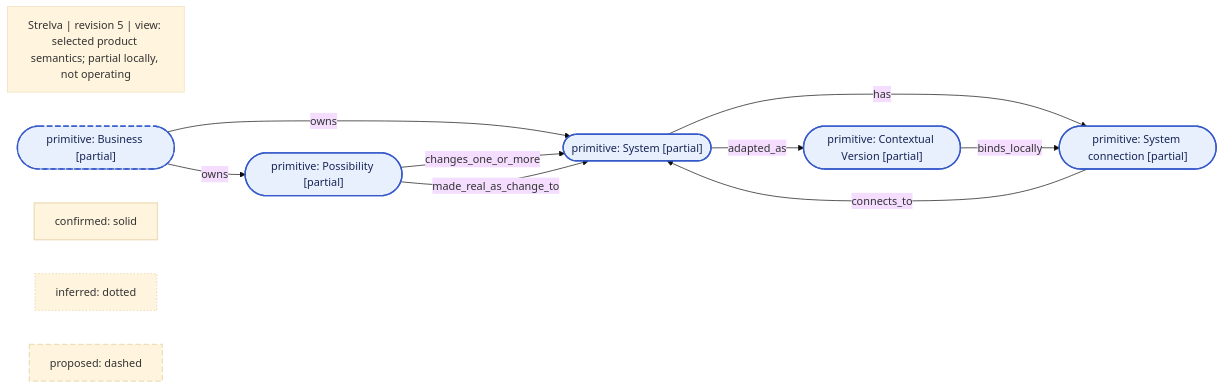
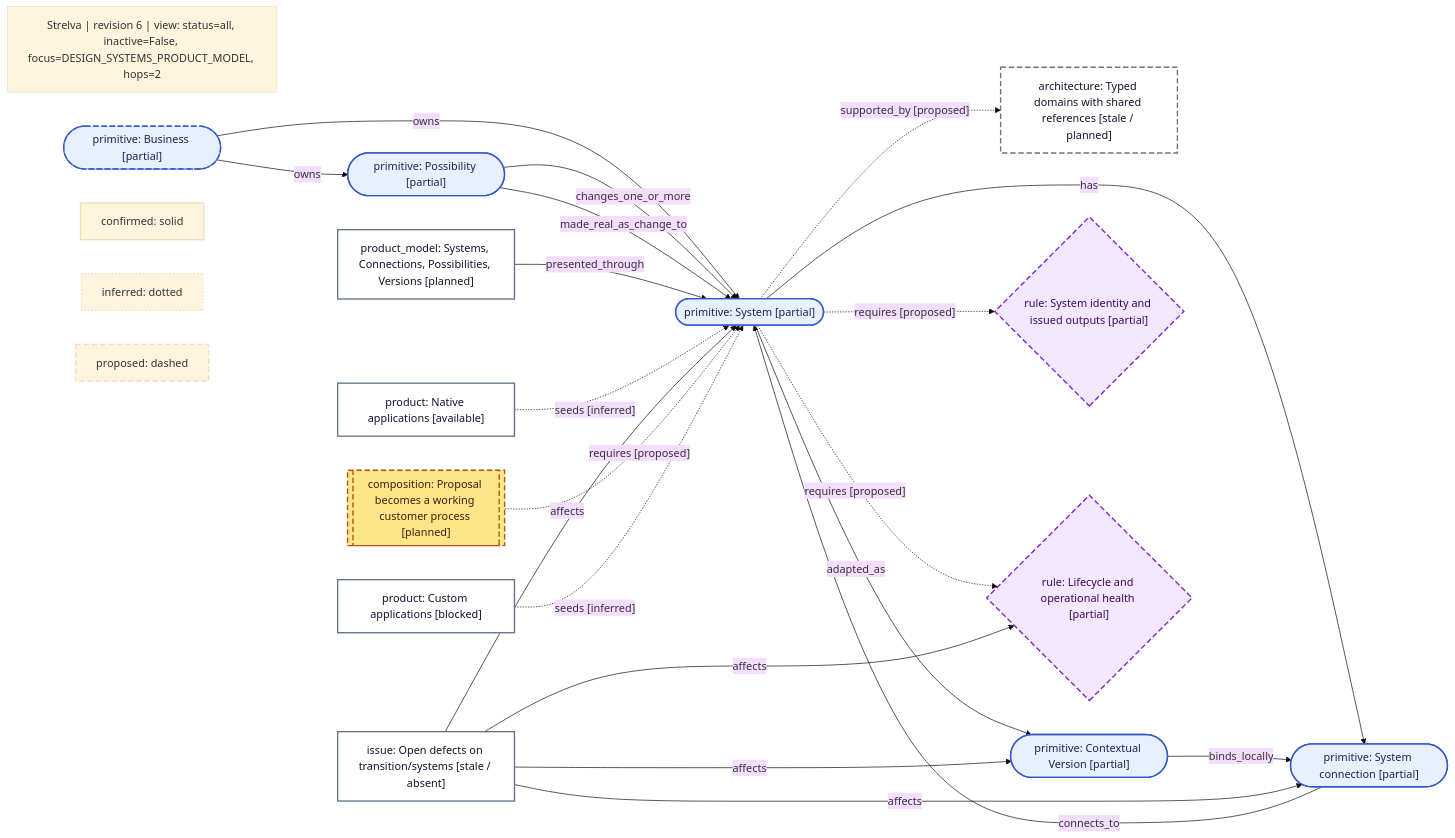
The diagram in .product/views/systems.mmd (Strelva/Strelva-OFFICIAL), drawn with Mermaid (base theme) before and after one commit. The commit also changed 4 other files, not shown here.

Commit message:
Record the combined Reborn audit and reconcile product memory

```diff
--- a/.product/views/systems.mmd
+++ b/.product/views/systems.mmd
@@ -1,37 +1,74 @@
-%% Selected product semantics; implementation contracts omitted; source revision 5. 'partial' = local, unmerged transition/systems with open defects; Business partial = deployed schema, 0 users.
-%% Generated from PRODUCT_MODEL revision 5; status=all, inactive=False, focus=all, hops=1
+%% Generated from PRODUCT_MODEL revision 6; status=all, inactive=False, focus=DESIGN_SYSTEMS_PRODUCT_MODEL, hops=2
 flowchart LR
-  LATENT_VIEW_TITLE["Strelva #124; revision 5 #124; view: selected product semantics; partial locally, not operating"]
+  LATENT_VIEW_TITLE["Strelva #124; revision 6 #124; view: status=all, inactive=False, focus=DESIGN_SYSTEMS_PRODUCT_MODEL, hops=2"]
   N_PRIM_BUSINESS(["primitive: Business #91;partial#93;"])
   class N_PRIM_BUSINESS type_primitive;
   class N_PRIM_BUSINESS proposed;
+  N_DESIGN_TYPED_DOMAINS["architecture: Typed domains with shared references #91;stale / planned#93;"]
+  class N_DESIGN_TYPED_DOMAINS type_custom;
+  class N_DESIGN_TYPED_DOMAINS proposed;
+  N_DESIGN_SYSTEMS_PRODUCT_MODEL["product_model: Systems, Connections, Possibilities, Versions #91;planned#93;"]
+  class N_DESIGN_SYSTEMS_PRODUCT_MODEL type_custom;
+  class N_DESIGN_SYSTEMS_PRODUCT_MODEL confirmed;
   N_PRIM_SYSTEM(["primitive: System #91;partial#93;"])
   class N_PRIM_SYSTEM type_primitive;
   class N_PRIM_SYSTEM confirmed;
   N_PRIM_SYSTEM_CONNECTION(["primitive: System connection #91;partial#93;"])
   class N_PRIM_SYSTEM_CONNECTION type_primitive;
   class N_PRIM_SYSTEM_CONNECTION confirmed;
   N_PRIM_POSSIBILITY(["primitive: Possibility #91;partial#93;"])
   class N_PRIM_POSSIBILITY type_primitive;
   class N_PRIM_POSSIBILITY confirmed;
   N_PRIM_CONTEXT_VERSION(["primitive: Contextual Version #91;partial#93;"])
   class N_PRIM_CONTEXT_VERSION type_primitive;
   class N_PRIM_CONTEXT_VERSION confirmed;
+  N_RULE_SYSTEM_OUTPUT_IDENTITY{"rule: System identity and issued outputs #91;partial#93;"}
+  class N_RULE_SYSTEM_OUTPUT_IDENTITY type_rule;
+  class N_RULE_SYSTEM_OUTPUT_IDENTITY proposed;
+  N_RULE_SYSTEM_PAUSE_HEALTH{"rule: Lifecycle and operational health #91;partial#93;"}
+  class N_RULE_SYSTEM_PAUSE_HEALTH type_rule;
+  class N_RULE_SYSTEM_PAUSE_HEALTH proposed;
+  N_COMP_SYSTEM_EVOLUTION[["composition: Proposal becomes a working customer process #91;planned#93;"]]
+  class N_COMP_SYSTEM_EVOLUTION type_composition;
+  class N_COMP_SYSTEM_EVOLUTION proposed;
+  N_ISSUE_SYSTEMS_AUDIT_DEFECTS["issue: Open defects on transition/systems #91;stale / absent#93;"]
+  class N_ISSUE_SYSTEMS_AUDIT_DEFECTS type_custom;
+  class N_ISSUE_SYSTEMS_AUDIT_DEFECTS confirmed;
+  N_PROD_NATIVE_APPS["product: Native applications #91;available#93;"]
+  class N_PROD_NATIVE_APPS type_custom;
+  class N_PROD_NATIVE_APPS confirmed;
+  N_PROD_CUSTOM_APPS["product: Custom applications #91;blocked#93;"]
+  class N_PROD_CUSTOM_APPS type_custom;
+  class N_PROD_CUSTOM_APPS confirmed;
   N_PRIM_BUSINESS -->|"owns"| N_PRIM_SYSTEM
   N_PRIM_SYSTEM -->|"has"| N_PRIM_SYSTEM_CONNECTION
   N_PRIM_SYSTEM_CONNECTION -->|"connects_to"| N_PRIM_SYSTEM
   N_PRIM_BUSINESS -->|"owns"| N_PRIM_POSSIBILITY
   N_PRIM_POSSIBILITY -->|"changes_one_or_more"| N_PRIM_SYSTEM
   N_PRIM_POSSIBILITY -->|"made_real_as_change_to"| N_PRIM_SYSTEM
   N_PRIM_SYSTEM -->|"adapted_as"| N_PRIM_CONTEXT_VERSION
   N_PRIM_CONTEXT_VERSION -->|"binds_locally"| N_PRIM_SYSTEM_CONNECTION
+  N_DESIGN_SYSTEMS_PRODUCT_MODEL -->|"presented_through"| N_PRIM_SYSTEM
+  N_PRIM_SYSTEM -.->|"supported_by #91;proposed#93;"| N_DESIGN_TYPED_DOMAINS
+  N_PRIM_SYSTEM -.->|"requires #91;proposed#93;"| N_RULE_SYSTEM_OUTPUT_IDENTITY
+  N_PRIM_SYSTEM -.->|"requires #91;proposed#93;"| N_RULE_SYSTEM_PAUSE_HEALTH
+  N_PROD_NATIVE_APPS -.->|"seeds #91;inferred#93;"| N_PRIM_SYSTEM
+  N_ISSUE_SYSTEMS_AUDIT_DEFECTS -->|"affects"| N_PRIM_SYSTEM
+  N_ISSUE_SYSTEMS_AUDIT_DEFECTS -->|"affects"| N_PRIM_SYSTEM_CONNECTION
+  N_ISSUE_SYSTEMS_AUDIT_DEFECTS -->|"affects"| N_PRIM_CONTEXT_VERSION
+  N_ISSUE_SYSTEMS_AUDIT_DEFECTS -->|"affects"| N_RULE_SYSTEM_PAUSE_HEALTH
+  N_COMP_SYSTEM_EVOLUTION -.->|"requires #91;proposed#93;"| N_PRIM_SYSTEM
+  N_PROD_CUSTOM_APPS -.->|"seeds #91;inferred#93;"| N_PRIM_SYSTEM
+  classDef type_composition fill:#FDE68A,stroke:#B45309,color:#451A03;
+  classDef type_custom fill:#FFFFFF,stroke:#64748B,color:#0F172A;
   classDef type_primitive fill:#E8F0FE,stroke:#3659C9,color:#172554;
+  classDef type_rule fill:#F3E8FF,stroke:#7E22CE,color:#3B0764;
   classDef confirmed stroke-width:2px,stroke-dasharray:0;
   classDef inferred stroke-width:2px,stroke-dasharray:2 3;
   classDef proposed stroke-width:2px,stroke-dasharray:8 4;
   LEGEND_CONFIRMED["confirmed: solid"]
   class LEGEND_CONFIRMED confirmed;
   LEGEND_INFERRED["inferred: dotted"]
   class LEGEND_INFERRED inferred;
   LEGEND_PROPOSED["proposed: dashed"]
   class LEGEND_PROPOSED proposed;
```
